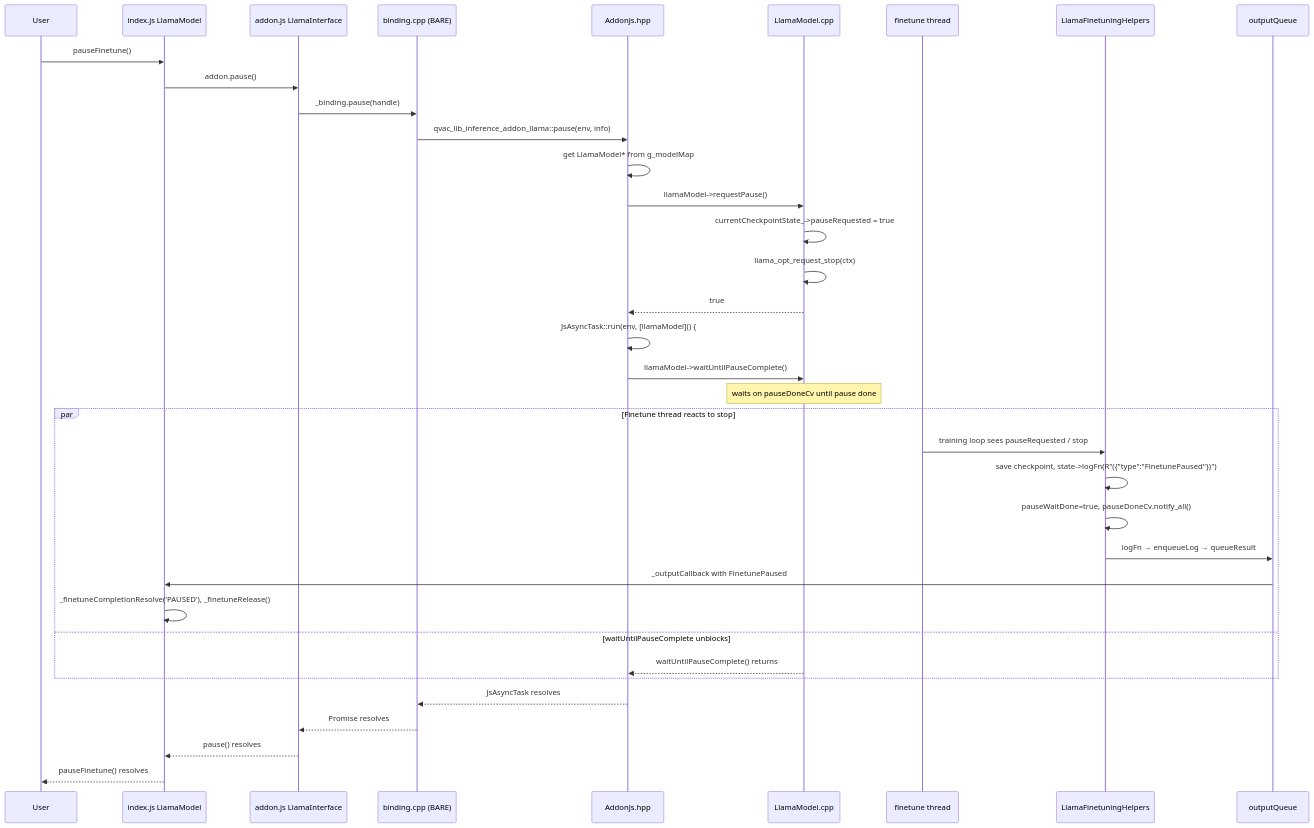
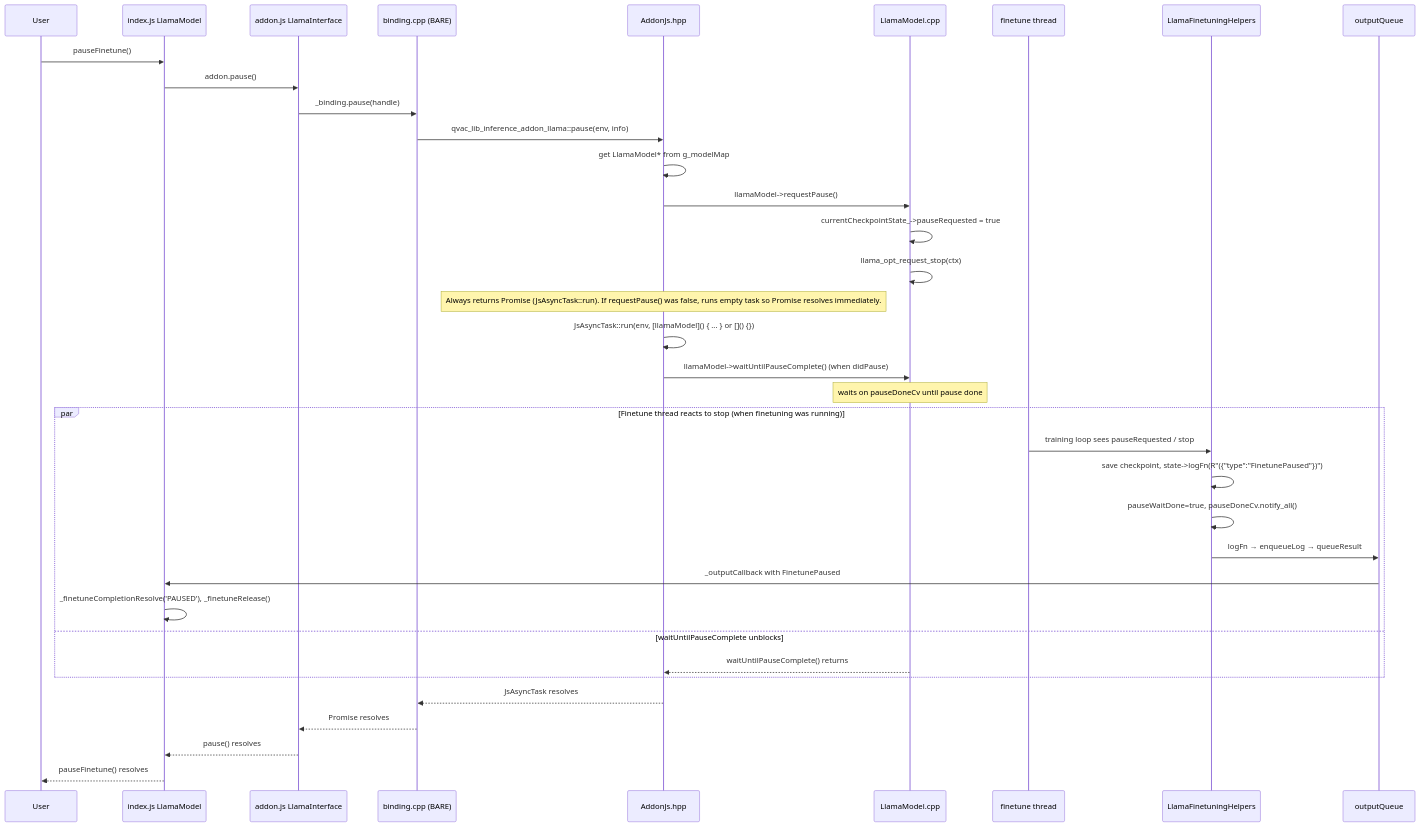
Before and after one commit to tetherto/qvac: the second of 2 diagrams in packages/qvac-lib-infer-llamacpp-llm/docs/finetuning.md, drawn with Mermaid. The commit also changed other lines of this file, not shown here.

````diff
--- a/packages/qvac-lib-infer-llamacpp-llm/docs/finetuning.md
+++ b/packages/qvac-lib-infer-llamacpp-llm/docs/finetuning.md
@@ -207,43 +215,44 @@
 ```mermaid
 sequenceDiagram
     participant User
     participant LlamaModel as index.js LlamaModel
     participant Addon as addon.js LlamaInterface
     participant Binding as binding.cpp (BARE)
     participant AddonJs as AddonJs.hpp
     participant LlamaModelCpp as LlamaModel.cpp
     participant FinetuneThread as finetune thread
     participant Helpers as LlamaFinetuningHelpers
     participant Queue as outputQueue
 
     User->>LlamaModel: pauseFinetune()
     LlamaModel->>Addon: addon.pause()
     Addon->>Binding: _binding.pause(handle)
     Binding->>AddonJs: qvac_lib_inference_addon_llama::pause(env, info)
 
     AddonJs->>AddonJs: get LlamaModel* from g_modelMap
     AddonJs->>LlamaModelCpp: llamaModel->requestPause()
     LlamaModelCpp->>LlamaModelCpp: currentCheckpointState_->pauseRequested = true
     LlamaModelCpp->>LlamaModelCpp: llama_opt_request_stop(ctx)
-    LlamaModelCpp-->>AddonJs: true
 
-    AddonJs->>AddonJs: JsAsyncTask::run(env, [llamaModel]() {
-    AddonJs->>LlamaModelCpp: llamaModel->waitUntilPauseComplete()
+    Note over AddonJs: Always returns Promise (JsAsyncTask::run). If requestPause() was false, runs empty task so Promise resolves immediately.
+
+    AddonJs->>AddonJs: JsAsyncTask::run(env, [llamaModel]() { ... } or []() {})
+    AddonJs->>LlamaModelCpp: llamaModel->waitUntilPauseComplete() (when didPause)
     Note over LlamaModelCpp: waits on pauseDoneCv until pause done
 
-    par Finetune thread reacts to stop
+    par Finetune thread reacts to stop (when finetuning was running)
         FinetuneThread->>Helpers: training loop sees pauseRequested / stop
         Helpers->>Helpers: save checkpoint, state->logFn(R"({"type":"FinetunePaused"})")
         Helpers->>Helpers: pauseWaitDone=true, pauseDoneCv.notify_all()
         Helpers->>Queue: logFn → enqueueLog → queueResult
         Queue->>LlamaModel: _outputCallback with FinetunePaused
         LlamaModel->>LlamaModel: _finetuneCompletionResolve('PAUSED'), _finetuneRelease()
     and waitUntilPauseComplete unblocks
         LlamaModelCpp-->>AddonJs: waitUntilPauseComplete() returns
     end
 
     AddonJs-->>Binding: JsAsyncTask resolves
     Binding-->>Addon: Promise resolves
     Addon-->>LlamaModel: pause() resolves
     LlamaModel-->>User: pauseFinetune() resolves
 ```
````
